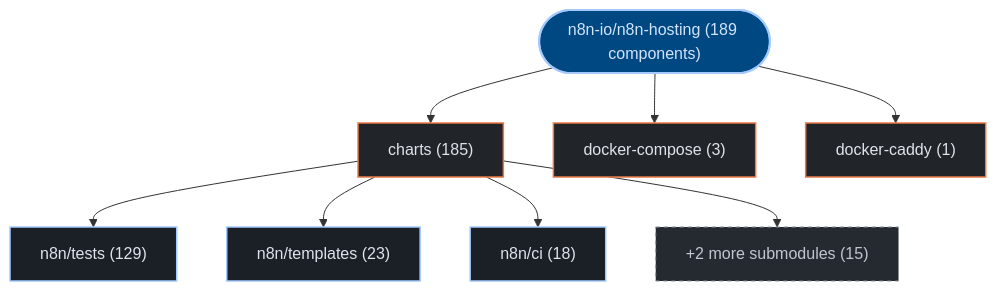
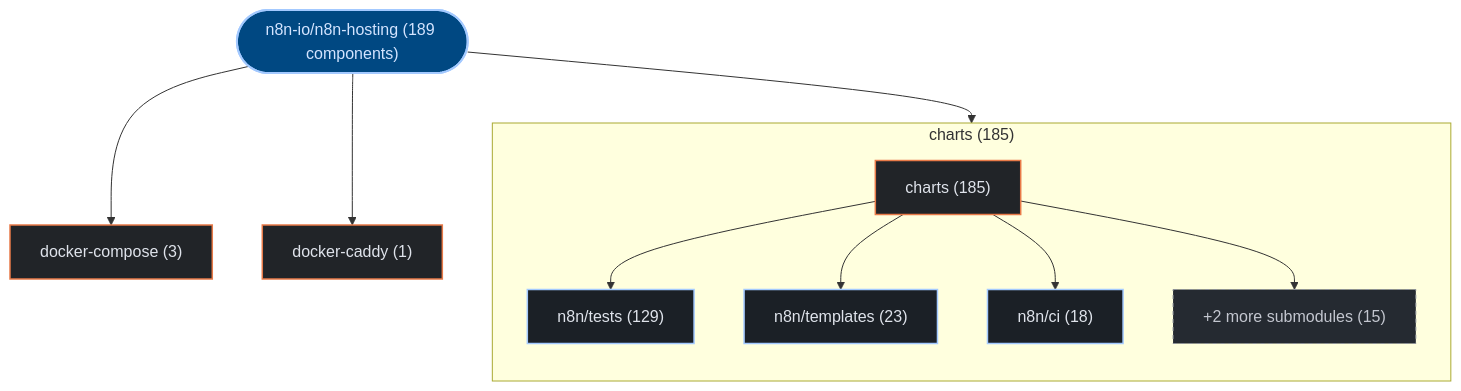
Before and after one commit to kumarshaz/atruss-code-atlas: the first of 3 diagrams in exports/latest/reports/n8n-io-n8n-hosting-report.md, drawn with Mermaid. The commit also changed 178 other files, not shown here.

Commit message:
feat(ui,mermaid): upgrade to mermaid v12 + ELK layout, add orgs-summary + pagination, subgraph building blocks, fix tab alignment

````diff
--- a/exports/latest/reports/n8n-io-n8n-hosting-report.md
+++ b/exports/latest/reports/n8n-io-n8n-hosting-report.md
@@ -42,25 +42,28 @@
 ```mermaid
 graph TD;
   classDef atlasRoot fill:#004882,stroke:#a3c9ff,stroke-width:2px,color:#d3e4ff
   classDef atlasCategory fill:#212428,stroke:#E87A48,stroke-width:1.5px,color:#dfe3eb
   classDef atlasWorkflow fill:#1b2026,stroke:#a3c9ff,stroke-width:1.5px,color:#dfe3eb
   classDef atlasJob fill:#171c22,stroke:#8d9199,stroke-width:1px,color:#dfe3eb
   classDef atlasTarget fill:#005227,stroke:#8bd99b,stroke-width:1.5px,color:#a7f6b6
   classDef atlasAlert fill:#93000a,stroke:#ffb4ab,stroke-width:1.5px,color:#ffdad6
   classDef atlasMore fill:#252a31,stroke:#8d9199,stroke-dasharray:4 4,color:#c3c6cf
     repo_root(["n8n-io/n8n-hosting (189 components)"]):::atlasRoot
-    dir_0_charts["charts (185)"]:::atlasCategory
+    subgraph sg_dir_0_charts["charts (185)"]
+      direction TB
+      dir_0_charts["charts (185)"]:::atlasCategory
+      sub_0_0_n8n_tests["n8n/tests (129)"]:::atlasWorkflow
+      dir_0_charts --> sub_0_0_n8n_tests
+      sub_0_1_n8n_templates["n8n/templates (23)"]:::atlasWorkflow
+      dir_0_charts --> sub_0_1_n8n_templates
+      sub_0_2_n8n_ci["n8n/ci (18)"]:::atlasWorkflow
+      dir_0_charts --> sub_0_2_n8n_ci
+      sub_0_more["+2 more submodules (15)"]:::atlasMore
+      dir_0_charts --> sub_0_more
+    end
     repo_root --> dir_0_charts
-    sub_0_0_n8n_tests["n8n/tests (129)"]:::atlasWorkflow
-    dir_0_charts --> sub_0_0_n8n_tests
-    sub_0_1_n8n_templates["n8n/templates (23)"]:::atlasWorkflow
-    dir_0_charts --> sub_0_1_n8n_templates
-    sub_0_2_n8n_ci["n8n/ci (18)"]:::atlasWorkflow
-    dir_0_charts --> sub_0_2_n8n_ci
-    sub_0_more["+2 more submodules (15)"]:::atlasMore
-    dir_0_charts --> sub_0_more
     dir_1_docker_compose["docker-compose (3)"]:::atlasCategory
     repo_root --> dir_1_docker_compose
     dir_2_docker_caddy["docker-caddy (1)"]:::atlasCategory
     repo_root --> dir_2_docker_caddy
 ```
````
